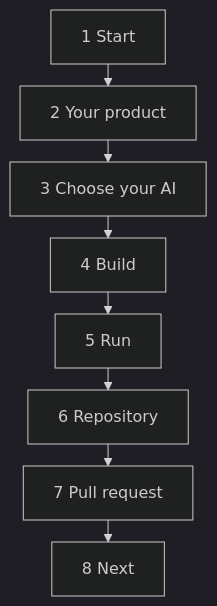
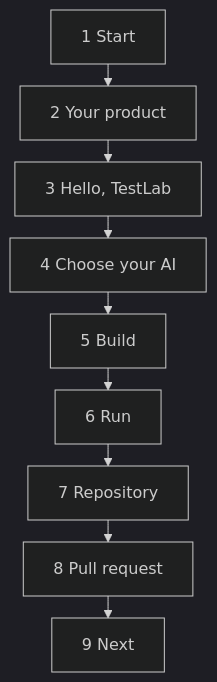
One commit to eclipse-tractusx/tutorial-resources changed the diagram in e2e-testing/docs/index.md. Above: the diagram before and after it, drawn with Mermaid (dark theme). The commit also changed other lines of this file and 91 other files, not shown here.

````diff
--- a/e2e-testing/docs/index.md
+++ b/e2e-testing/docs/index.md
@@ -40,6 +40,6 @@
 ```mermaid
 %%{init: {"flowchart": {"rankSpacing": 22, "nodeSpacing": 20}}}%%
 flowchart TD
-    A["1 Start"] --> B["2 Your product"] --> C["3 Choose your AI"] --> D["4 Build"]
-    D --> E["5 Run"] --> F["6 Repository"] --> G["7 Pull request"] --> H["8 Next"]
+    A["1 Start"] --> B["2 Your product"] --> H0["3 Hello, TestLab"] --> C["4 Choose your AI"] --> D["5 Build"]
+    D --> E["6 Run"] --> F["7 Repository"] --> G["8 Pull request"] --> H["9 Next"]
 ```
````
